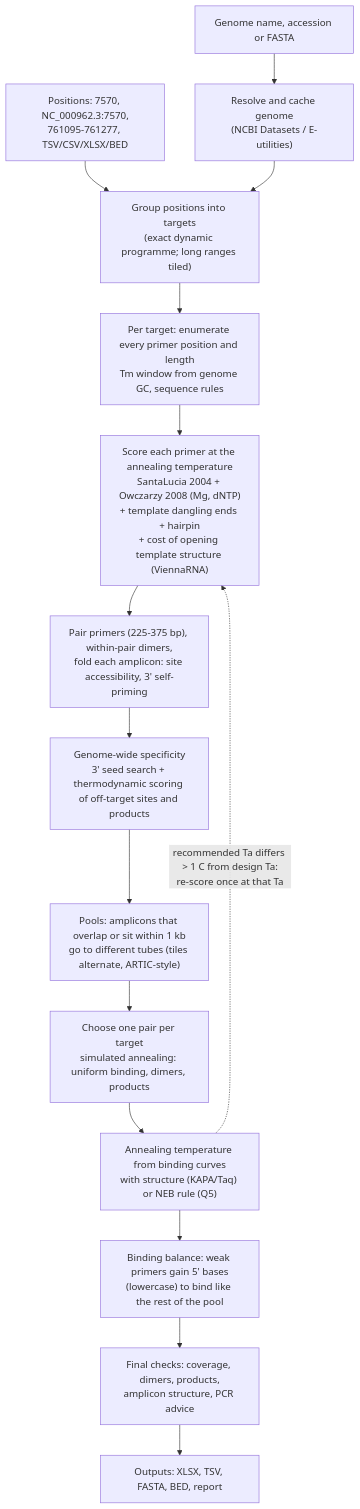
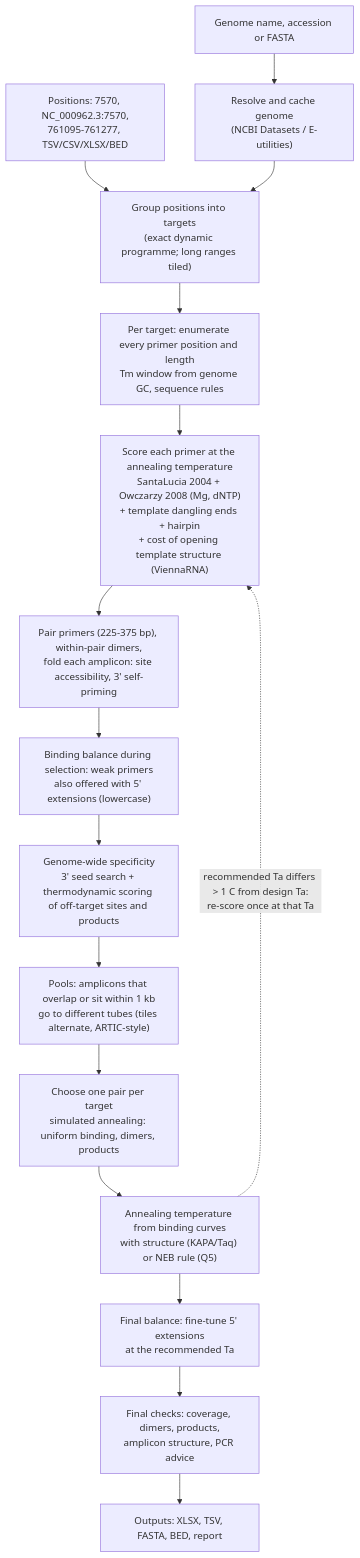
The diagram in README.md (SemiQuant/PrimerJinn), drawn with Mermaid before and after one commit. The commit also changed other lines of this file and 8 other files, not shown here.

First line of the commit message:
Balance primer binding during pair selection

````diff
--- a/README.md
+++ b/README.md
@@ -77,17 +77,18 @@
 ```mermaid
 flowchart TD
     A["Genome name, accession or FASTA"] --> B["Resolve and cache genome<br/>(NCBI Datasets / E-utilities)"]
     P["Positions: 7570, NC_000962.3:7570,<br/>761095-761277, TSV/CSV/XLSX/BED"] --> C
     B --> C["Group positions into targets<br/>(exact dynamic programme; long ranges tiled)"]
     C --> D["Per target: enumerate every primer position and length<br/>Tm window from genome GC, sequence rules"]
     D --> E["Score each primer at the annealing temperature<br/>SantaLucia 2004 + Owczarzy 2008 (Mg, dNTP)<br/>+ template dangling ends + hairpin<br/>+ cost of opening template structure (ViennaRNA)"]
     E --> F["Pair primers (225-375 bp), within-pair dimers,<br/>fold each amplicon: site accessibility, 3' self-priming"]
-    F --> G["Genome-wide specificity<br/>3' seed search + thermodynamic scoring of off-target sites and products"]
+    F --> F2["Binding balance during selection: weak primers<br/>also offered with 5' extensions (lowercase)"]
+    F2 --> G["Genome-wide specificity<br/>3' seed search + thermodynamic scoring of off-target sites and products"]
     G --> H["Pools: amplicons that overlap or sit within 1 kb<br/>go to different tubes (tiles alternate, ARTIC-style)"]
     H --> I["Choose one pair per target<br/>simulated annealing: uniform binding, dimers, products"]
     I --> J["Annealing temperature from binding curves<br/>with structure (KAPA/Taq) or NEB rule (Q5)"]
-    J --> K["Binding balance: weak primers gain 5' bases<br/>(lowercase) to bind like the rest of the pool"]
+    J --> K["Final balance: fine-tune 5' extensions<br/>at the recommended Ta"]
     K --> L["Final checks: coverage, dimers, products,<br/>amplicon structure, PCR advice"]
     L --> M["Outputs: XLSX, TSV, FASTA, BED, report"]
     J -. "recommended Ta differs > 1 C from design Ta:<br/>re-score once at that Ta" .-> E
 ```
````
